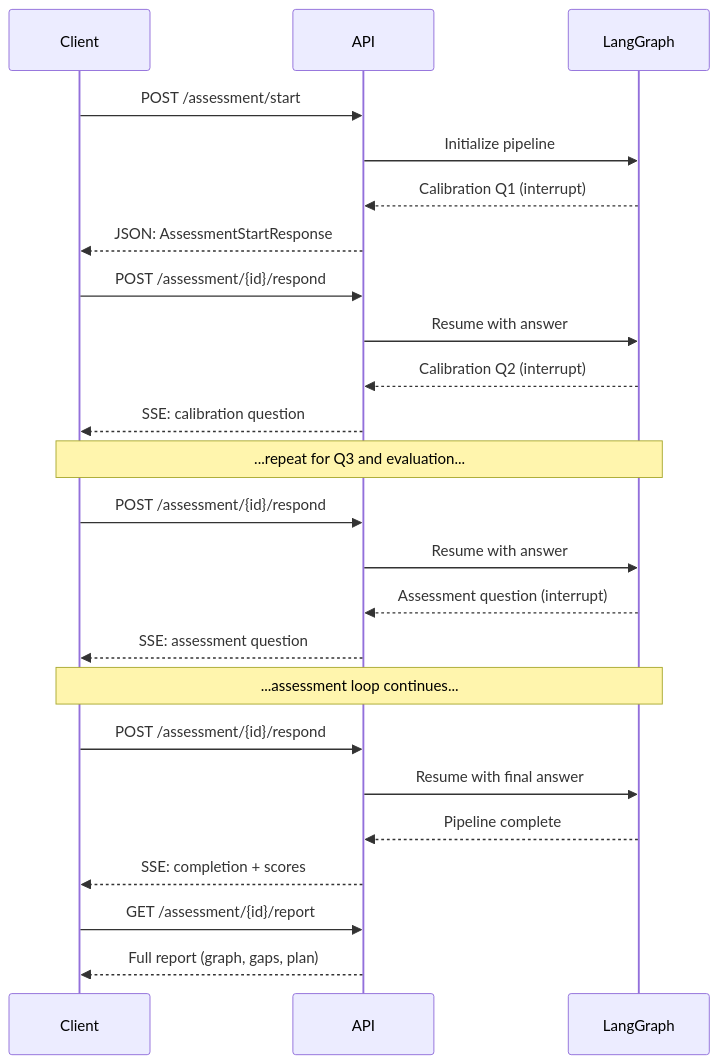
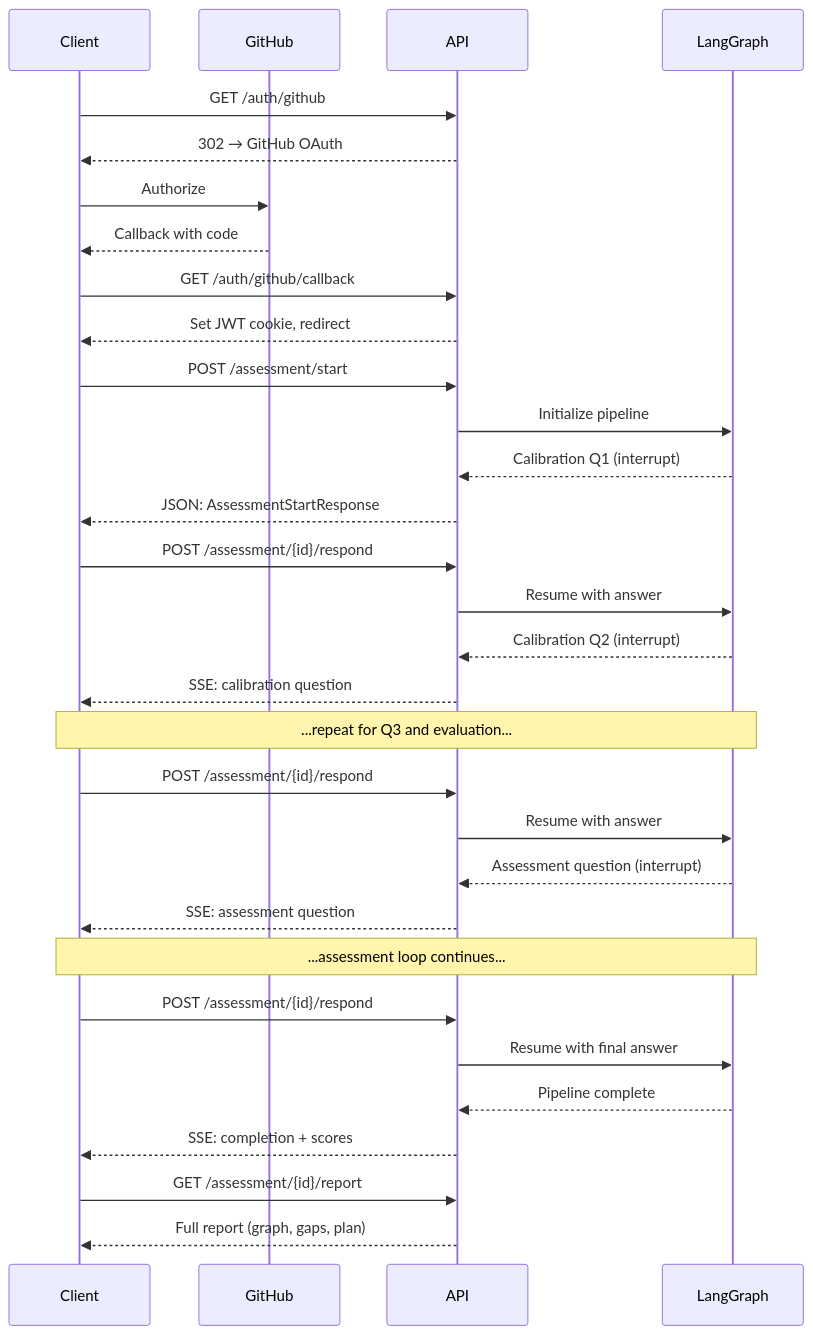
Before and after one commit to onegunsamurai/OpenLearning: the diagram in docs/guides/api-reference.md, drawn with Mermaid. The commit also changed other lines of this file and 45 other files, not shown here.

````diff
--- a/docs/guides/api-reference.md
+++ b/docs/guides/api-reference.md
@@ -349,33 +483,41 @@
 ```mermaid
 sequenceDiagram
     participant Client
+    participant GitHub
     participant API
     participant LangGraph
+
+    Client->>API: GET /auth/github
+    API-->>Client: 302 → GitHub OAuth
+    Client->>GitHub: Authorize
+    GitHub-->>Client: Callback with code
+    Client->>API: GET /auth/github/callback
+    API-->>Client: Set JWT cookie, redirect
 
     Client->>API: POST /assessment/start
     API->>LangGraph: Initialize pipeline
     LangGraph-->>API: Calibration Q1 (interrupt)
     API-->>Client: JSON: AssessmentStartResponse
 
     Client->>API: POST /assessment/{id}/respond
     API->>LangGraph: Resume with answer
     LangGraph-->>API: Calibration Q2 (interrupt)
     API-->>Client: SSE: calibration question
 
     Note over Client,LangGraph: ...repeat for Q3 and evaluation...
 
     Client->>API: POST /assessment/{id}/respond
     API->>LangGraph: Resume with answer
     LangGraph-->>API: Assessment question (interrupt)
     API-->>Client: SSE: assessment question
 
     Note over Client,LangGraph: ...assessment loop continues...
 
     Client->>API: POST /assessment/{id}/respond
     API->>LangGraph: Resume with final answer
     LangGraph-->>API: Pipeline complete
     API-->>Client: SSE: completion + scores
 
     Client->>API: GET /assessment/{id}/report
     API-->>Client: Full report (graph, gaps, plan)
 ```
````
